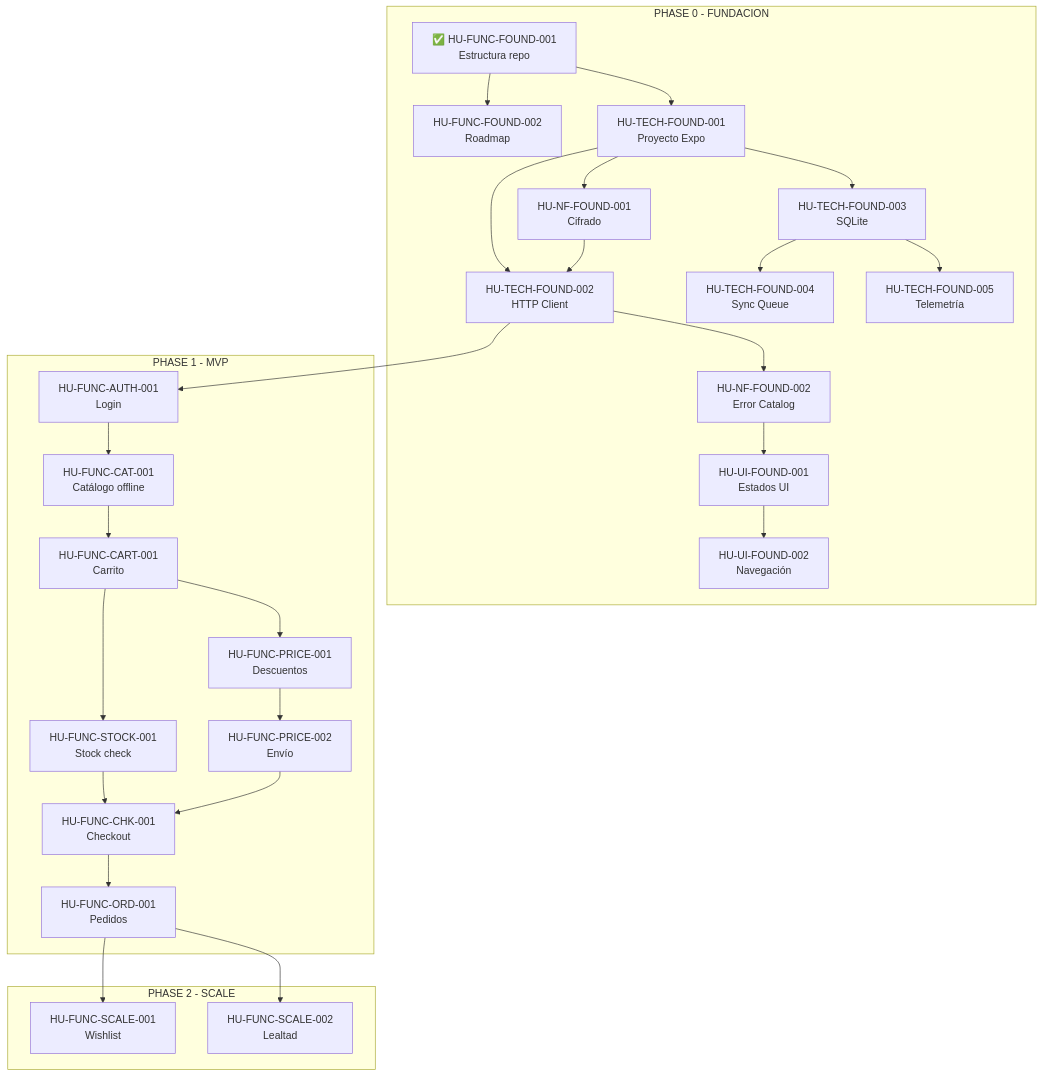
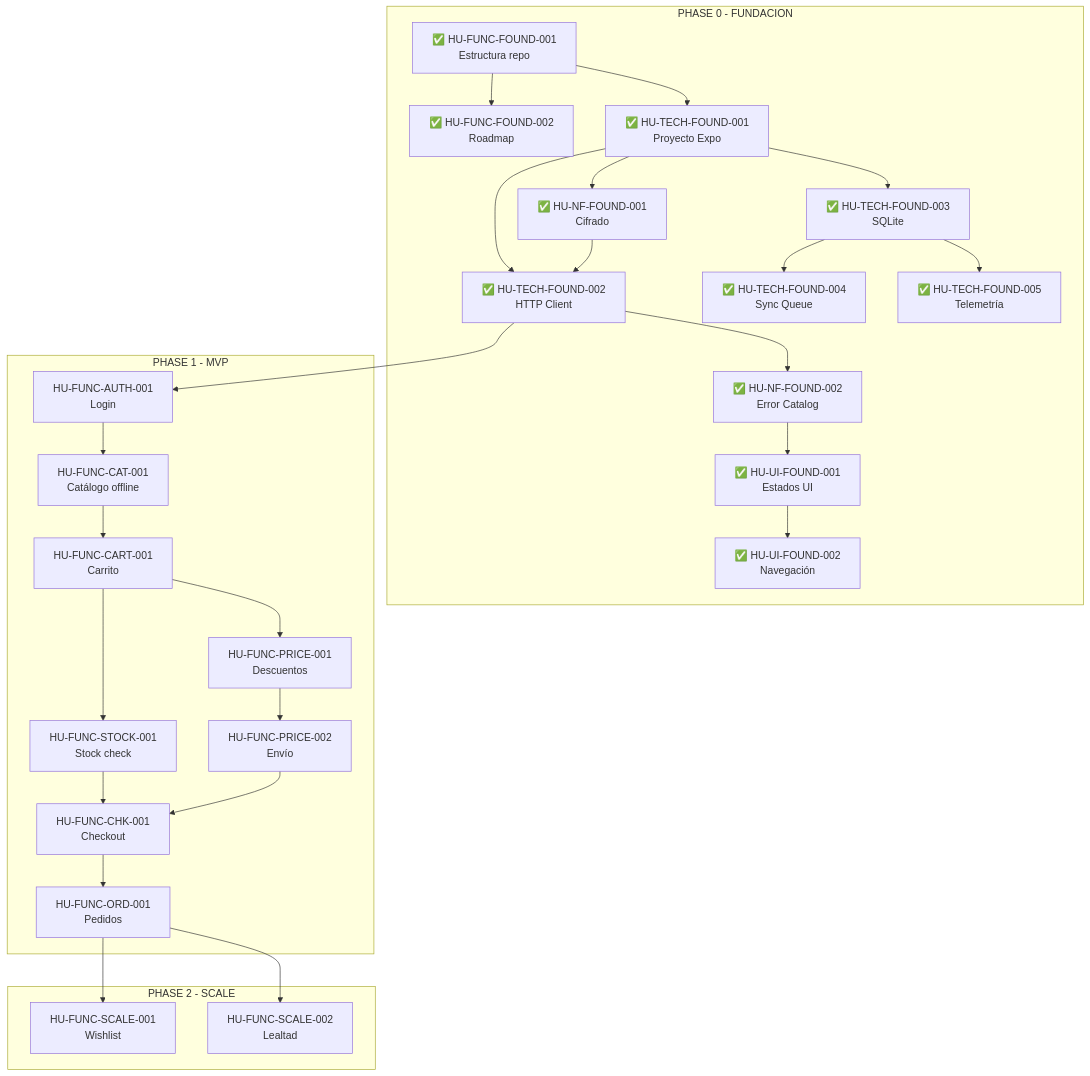
One commit to agarcia-niu/Testing changed the diagram in planning/02_user-stories/backlog.md. Above: the diagram before and after it, drawn with Mermaid. The commit also changed other lines of this file and 13 other files, not shown here.

````diff
--- a/planning/02_user-stories/backlog.md
+++ b/planning/02_user-stories/backlog.md
@@ -129,57 +129,57 @@
 ```mermaid
 graph TD
     subgraph PHASE_0["PHASE 0 - FUNDACION"]
         FUNC-FOUND-001["✅ HU-FUNC-FOUND-001<br/>Estructura repo"]
-        FUNC-FOUND-002["HU-FUNC-FOUND-002<br/>Roadmap"]
-        TECH-FOUND-001["HU-TECH-FOUND-001<br/>Proyecto Expo"]
-        TECH-FOUND-002["HU-TECH-FOUND-002<br/>HTTP Client"]
-        TECH-FOUND-003["HU-TECH-FOUND-003<br/>SQLite"]
-        TECH-FOUND-004["HU-TECH-FOUND-004<br/>Sync Queue"]
-        TECH-FOUND-005["HU-TECH-FOUND-005<br/>Telemetría"]
-        NF-FOUND-001["HU-NF-FOUND-001<br/>Cifrado"]
-        NF-FOUND-002["HU-NF-FOUND-002<br/>Error Catalog"]
-        UI-FOUND-001["HU-UI-FOUND-001<br/>Estados UI"]
-        UI-FOUND-002["HU-UI-FOUND-002<br/>Navegación"]
+        FUNC-FOUND-002["✅ HU-FUNC-FOUND-002<br/>Roadmap"]
+        TECH-FOUND-001["✅ HU-TECH-FOUND-001<br/>Proyecto Expo"]
+        TECH-FOUND-002["✅ HU-TECH-FOUND-002<br/>HTTP Client"]
+        TECH-FOUND-003["✅ HU-TECH-FOUND-003<br/>SQLite"]
+        TECH-FOUND-004["✅ HU-TECH-FOUND-004<br/>Sync Queue"]
+        TECH-FOUND-005["✅ HU-TECH-FOUND-005<br/>Telemetría"]
+        NF-FOUND-001["✅ HU-NF-FOUND-001<br/>Cifrado"]
+        NF-FOUND-002["✅ HU-NF-FOUND-002<br/>Error Catalog"]
+        UI-FOUND-001["✅ HU-UI-FOUND-001<br/>Estados UI"]
+        UI-FOUND-002["✅ HU-UI-FOUND-002<br/>Navegación"]
 
         FUNC-FOUND-001 --> FUNC-FOUND-002
         FUNC-FOUND-001 --> TECH-FOUND-001
         TECH-FOUND-001 --> TECH-FOUND-002
         TECH-FOUND-001 --> TECH-FOUND-003
         TECH-FOUND-003 --> TECH-FOUND-004
         TECH-FOUND-003 --> TECH-FOUND-005
         TECH-FOUND-001 --> NF-FOUND-001
         NF-FOUND-001 --> TECH-FOUND-002
         TECH-FOUND-002 --> NF-FOUND-002
         NF-FOUND-002 --> UI-FOUND-001
         UI-FOUND-001 --> UI-FOUND-002
     end
 
     subgraph PHASE_1["PHASE 1 - MVP"]
         FUNC-AUTH-001["HU-FUNC-AUTH-001<br/>Login"]
         FUNC-CAT-001["HU-FUNC-CAT-001<br/>Catálogo offline"]
         FUNC-CART-001["HU-FUNC-CART-001<br/>Carrito"]
         FUNC-PRICE-001["HU-FUNC-PRICE-001<br/>Descuentos"]
         FUNC-PRICE-002["HU-FUNC-PRICE-002<br/>Envío"]
         FUNC-STOCK-001["HU-FUNC-STOCK-001<br/>Stock check"]
         FUNC-CHK-001["HU-FUNC-CHK-001<br/>Checkout"]
         FUNC-ORD-001["HU-FUNC-ORD-001<br/>Pedidos"]
 
         TECH-FOUND-002 --> FUNC-AUTH-001
         FUNC-AUTH-001 --> FUNC-CAT-001
         FUNC-CAT-001 --> FUNC-CART-001
         FUNC-CART-001 --> FUNC-PRICE-001
         FUNC-PRICE-001 --> FUNC-PRICE-002
         FUNC-CART-001 --> FUNC-STOCK-001
         FUNC-STOCK-001 --> FUNC-CHK-001
         FUNC-PRICE-002 --> FUNC-CHK-001
         FUNC-CHK-001 --> FUNC-ORD-001
     end
 
     subgraph PHASE_2["PHASE 2 - SCALE"]
         FUNC-SCALE-001["HU-FUNC-SCALE-001<br/>Wishlist"]
         FUNC-SCALE-002["HU-FUNC-SCALE-002<br/>Lealtad"]
 
         FUNC-ORD-001 --> FUNC-SCALE-001
         FUNC-ORD-001 --> FUNC-SCALE-002
     end
 ```
````
